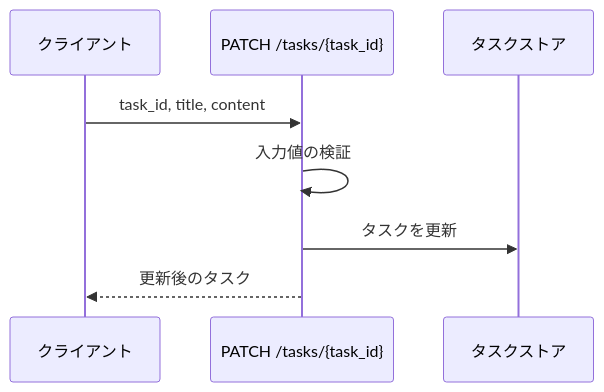
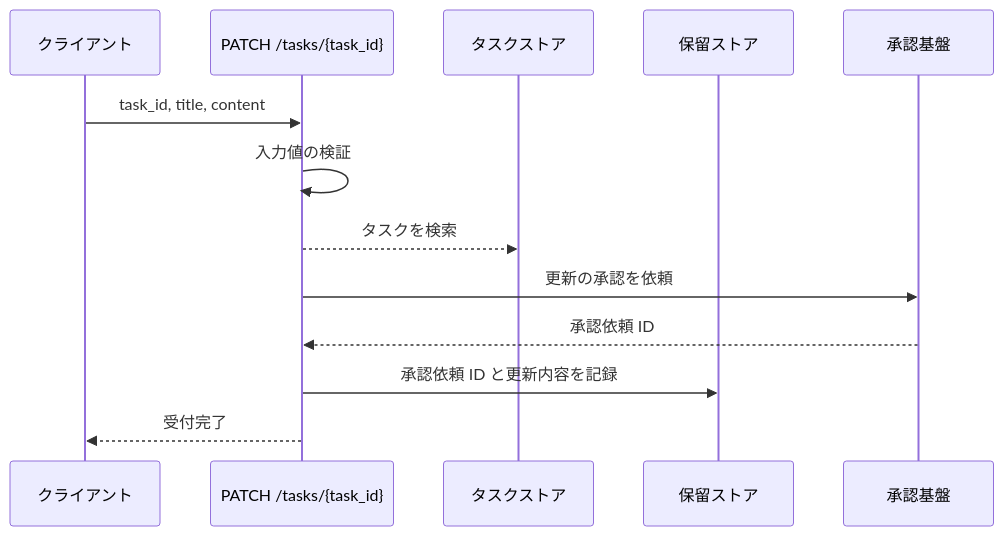
One commit to shuhei1101/ai-monitor-e2e changed the first of 4 diagrams in docs/wiki/設計図/バックエンド結合/タスク更新.py.md. Above: the diagram before and after it, drawn with Mermaid. The commit also changed other lines of this file, not shown here.

````diff
--- a/docs/wiki/設計図/バックエンド結合/タスク更新.py.md
+++ b/docs/wiki/設計図/バックエンド結合/タスク更新.py.md
@@ -55,11 +58,16 @@
 ```mermaid
 sequenceDiagram
   participant C as クライアント
   participant IF as PATCH /tasks/{task_id}
   participant DB as タスクストア
+  participant PS as 保留ストア
+  participant AB as 承認基盤
 
   C->>IF: task_id, title, content
   IF->>IF: 入力値の検証
-  IF->>DB: タスクを更新
-  IF-->>C: 更新後のタスク
+  IF-->>DB: タスクを検索
+  IF->>AB: 更新の承認を依頼
+  AB-->>IF: 承認依頼 ID
+  IF->>PS: 承認依頼 ID と更新内容を記録
+  IF-->>C: 受付完了
 ```
````
